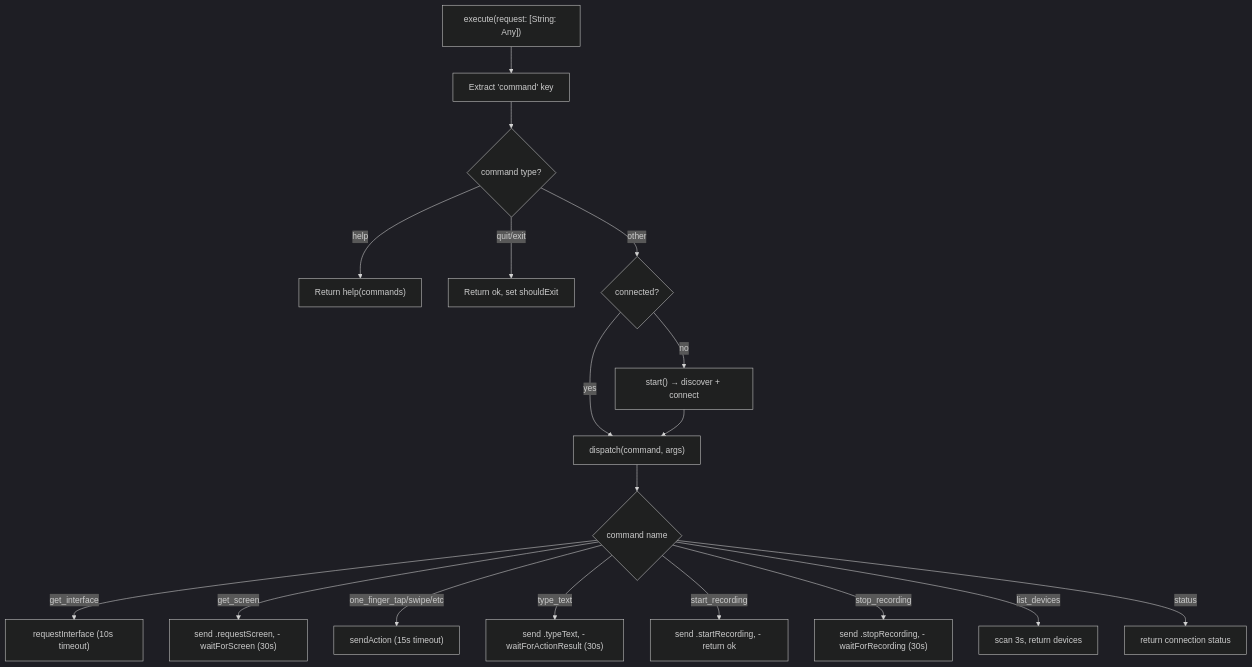
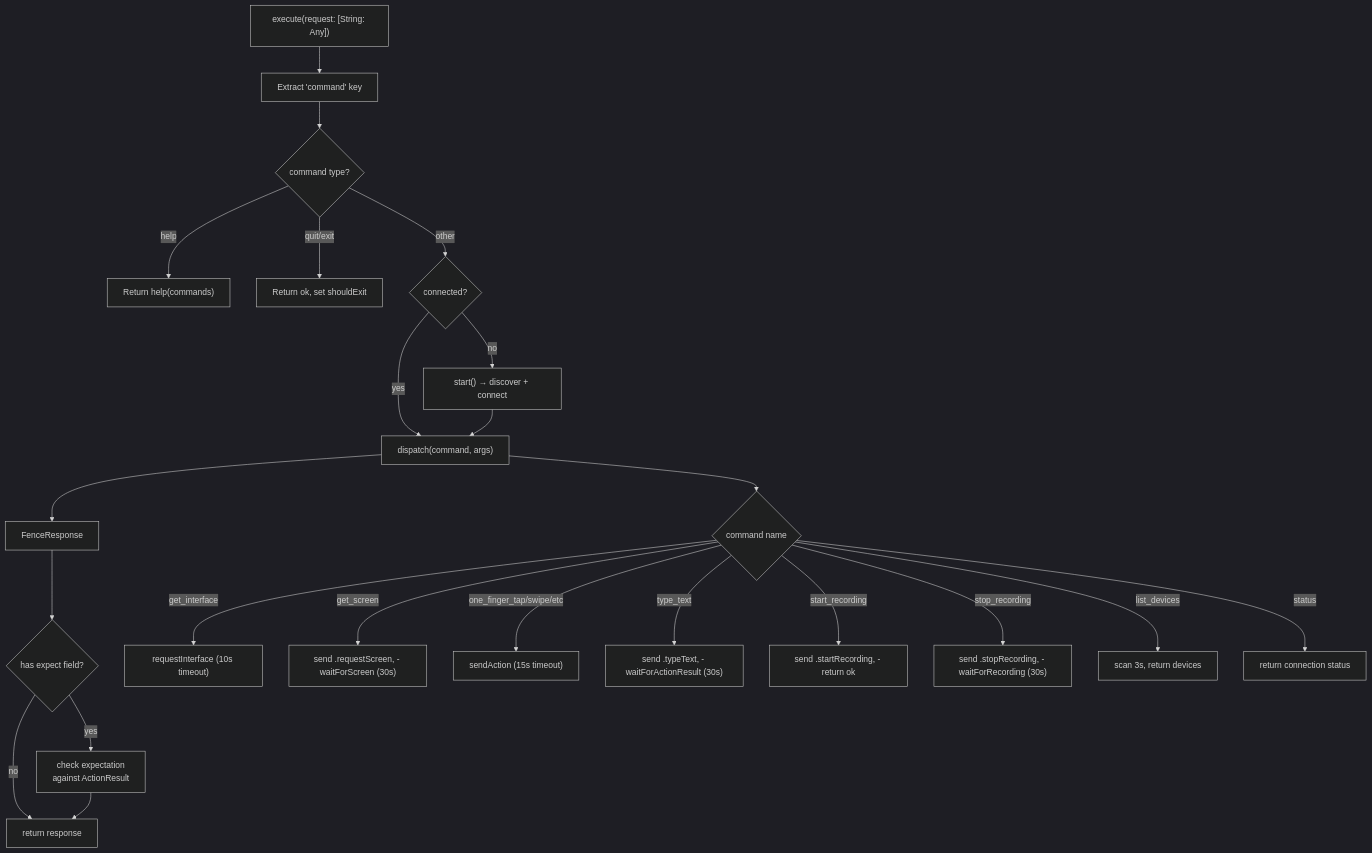
Before and after one commit to RoyalPineapple/TheButtonHeist: the second of 3 diagrams in docs/dossiers/10-THEFENCE.md, drawn with Mermaid (dark theme). The commit also changed other lines of this file and 17 other files, not shown here.

````diff
--- a/docs/dossiers/10-THEFENCE.md
+++ b/docs/dossiers/10-THEFENCE.md
@@ -60,26 +61,32 @@
 ```mermaid
 flowchart TD
     Request["execute(request: [String: Any])"]
     Request --> ExtractCmd["Extract 'command' key"]
     ExtractCmd --> MetaCmd{command type?}
 
     MetaCmd -->|help| ReturnHelp["Return help(commands)"]
     MetaCmd -->|quit/exit| ReturnOk["Return ok, set shouldExit"]
     MetaCmd -->|other| CheckConn{connected?}
 
     CheckConn -->|no| Start["start() → discover + connect"]
     CheckConn -->|yes| DispatchCmd
 
     Start --> DispatchCmd["dispatch(command, args)"]
 
+    DispatchCmd --> Response["FenceResponse"]
+    Response --> HasExpect{has expect field?}
+    HasExpect -->|yes| Validate["check expectation\nagainst ActionResult"]
+    HasExpect -->|no| Return["return response"]
+    Validate --> Return
+
     DispatchCmd --> Route{command name}
 
     Route -->|get_interface| ReqIF["requestInterface (10s timeout)"]
     Route -->|get_screen| ReqScreen["send .requestScreen, - waitForScreen (30s)"]
     Route -->|one_finger_tap/swipe/etc| SendAction["sendAction (15s timeout)"]
     Route -->|type_text| TypeText["send .typeText, - waitForActionResult (30s)"]
     Route -->|start_recording| StartRec["send .startRecording, - return ok"]
     Route -->|stop_recording| StopRec["send .stopRecording, - waitForRecording (30s)"]
     Route -->|list_devices| ListDev["scan 3s, return devices"]
     Route -->|status| ReturnStatus["return connection status"]
 ```
````
